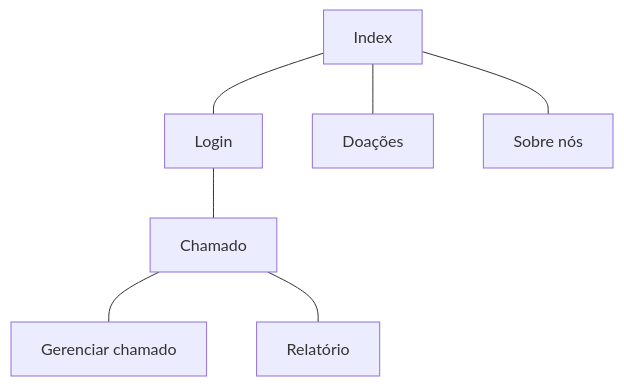
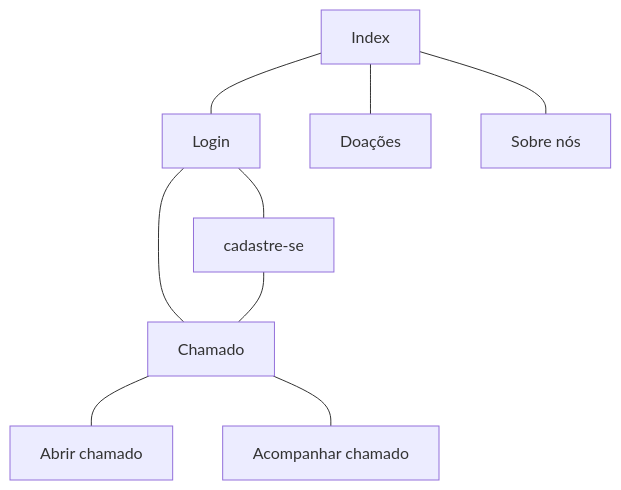
The diagram in doc/prototipos/prototipos.md (tads-cnat/gambiarra), drawn with Mermaid before and after one commit. The commit also changed other lines of this file, not shown here.

````diff
--- a/doc/prototipos/prototipos.md
+++ b/doc/prototipos/prototipos.md
@@ -9,10 +8,13 @@
 ```mermaid
 flowchart TD
     A[Index] --- B[Login]
     A --- C[Doações]
-    A --- D[Sobre nós]
-    B --- E[Chamado]
-    E --- F[Gerenciar chamado]
-    E --- G[Relatório]
-
+    A --- G[Sobre nós]
+    B --- H[cadastre-se]
+    B --- D[Chamado]
+    H --- D[Chamado]
+    D --- E[Abrir chamado]
+    D --- F[Acompanhar chamado]
+    
+    
 ```
````
